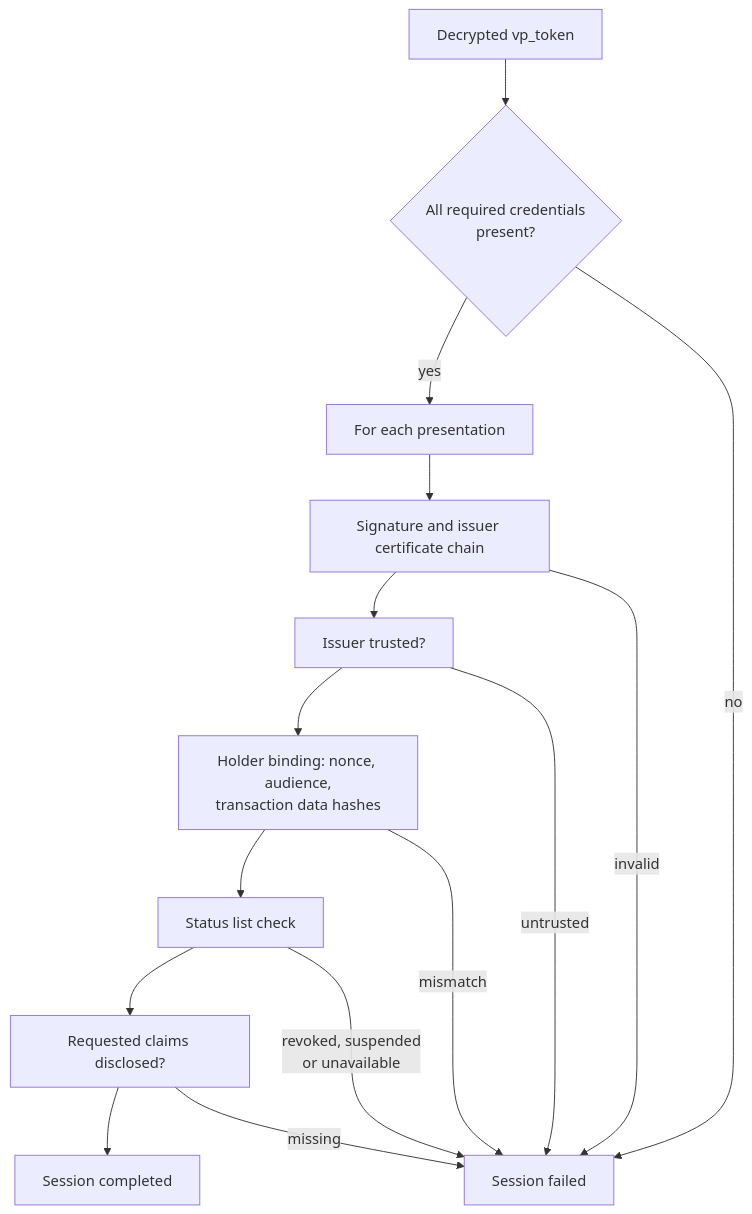
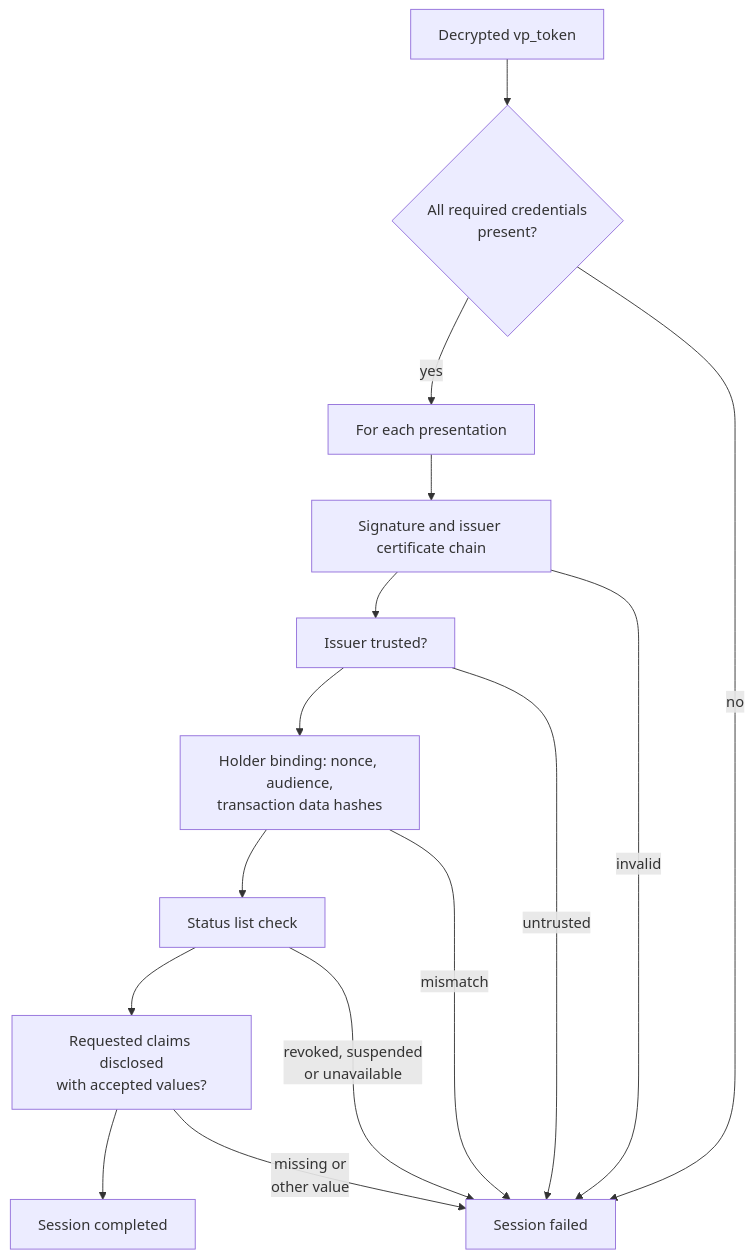
The second of 3 diagrams in apps/docs/docs/concepts/presentation.md (Cypher-CP0/eudiplo), drawn with Mermaid before and after one commit. The commit also changed other lines of this file and 29 other files, not shown here.

````diff
--- a/apps/docs/docs/concepts/presentation.md
+++ b/apps/docs/docs/concepts/presentation.md
@@ -82,17 +82,17 @@
 ```mermaid
 flowchart TB
     R[Decrypted vp_token] --> C{All required credentials<br/>present?}
     C -->|yes| P[For each presentation]
     P --> S[Signature and issuer certificate chain]
     S --> T[Issuer trusted?]
     T --> H[Holder binding: nonce, audience,<br/>transaction data hashes]
     H --> X[Status list check]
-    X --> Q[Requested claims disclosed?]
+    X --> Q[Requested claims disclosed<br/>with accepted values?]
     Q --> OK[Session completed]
     C -->|no| F[Session failed]
     S -->|invalid| F
     T -->|untrusted| F
     H -->|mismatch| F
     X -->|revoked, suspended<br/>or unavailable| F
-    Q -->|missing| F
+    Q -->|missing or<br/>other value| F
 ```
````
